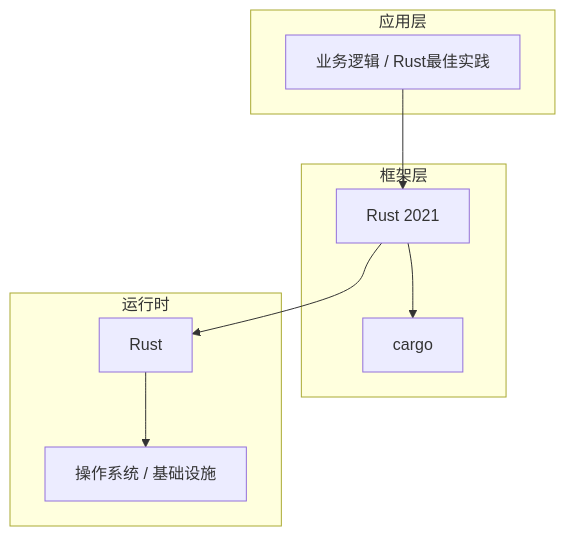
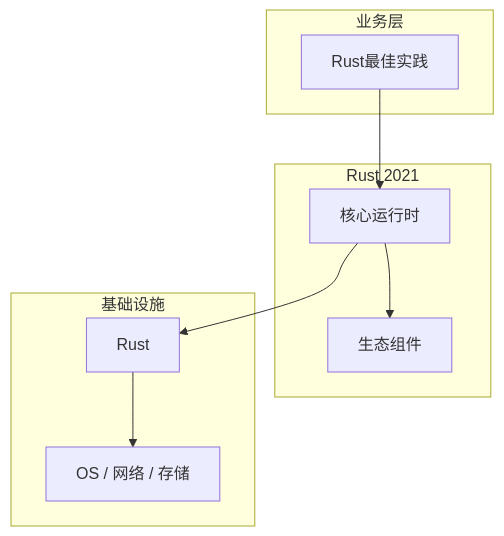
The diagram in articles/Rust语言/chapters/095-Rust最佳实践核心概念与原理.md (yanggan2015/knowledge-json-v2), drawn with Mermaid before and after one commit. The commit also changed other lines of this file and 10127 other files, not shown here.

````diff
--- a/articles/Rust语言/chapters/095-Rust最佳实践核心概念与原理.md
+++ b/articles/Rust语言/chapters/095-Rust最佳实践核心概念与原理.md
@@ -45,18 +34,18 @@
 ```mermaid
 graph TB
-    subgraph 应用层
-        A[业务逻辑 / Rust最佳实践]
+    subgraph 业务层
+        A[Rust最佳实践]
     end
-    subgraph 框架层
-        B[Rust 2021]
-        C[cargo]
+    subgraph Rust 2021
+        B[核心运行时]
+        C[生态组件]
     end
-    subgraph 运行时
+    subgraph 基础设施
         D[Rust]
-        E[操作系统 / 基础设施]
+        E[OS / 网络 / 存储]
     end
     A --> B
     B --> C
     B --> D
     D --> E
 ```
````
